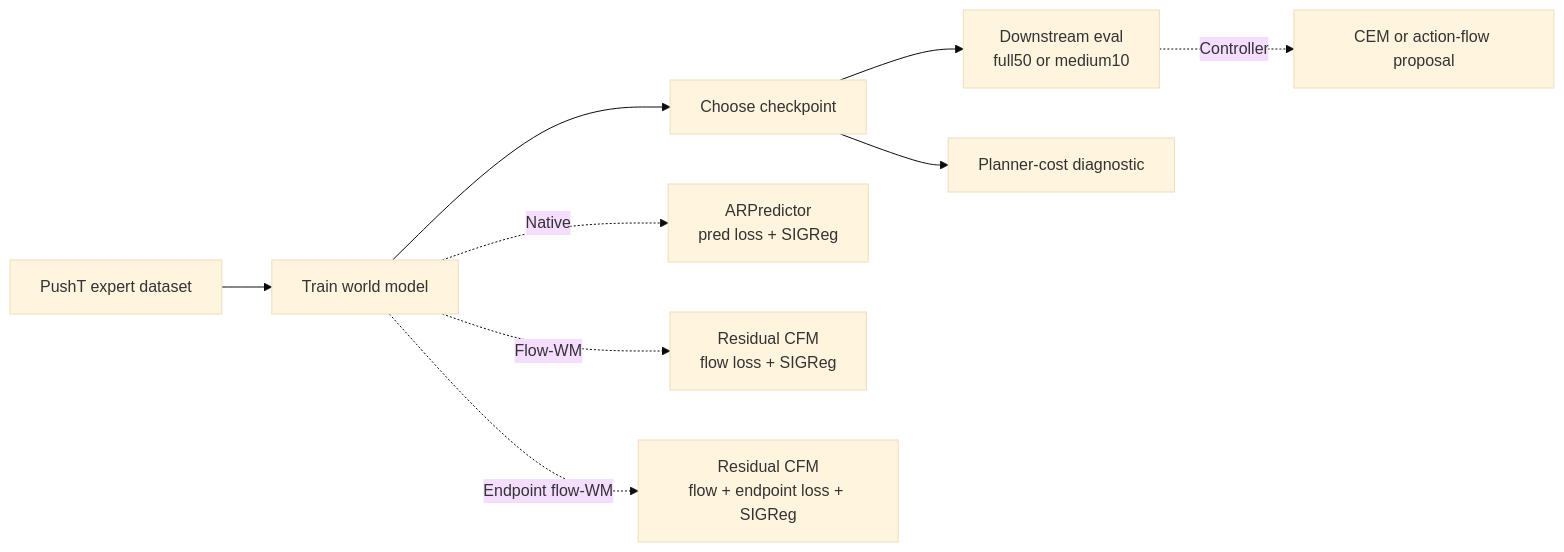
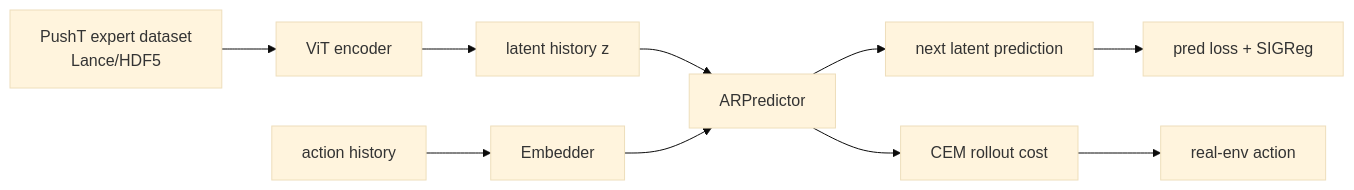
One commit to thedannyliu/le-wm changed the diagram in docs/lewm_flow_progress_report_20260610.md. Above: the diagram before and after it, drawn with Mermaid (base theme). The commit also changed other lines of this file, not shown here.

Commit message:
Rewrite LeWM flow progress report

````diff
--- a/docs/lewm_flow_progress_report_20260610.md
+++ b/docs/lewm_flow_progress_report_20260610.md
@@ -183,12 +84,12 @@
 ```mermaid
 flowchart LR
-    A[PushT expert dataset] --> B[Train world model]
-    B --> C[Choose checkpoint]
-    C --> D[Downstream eval<br/>full50 or medium10]
-    C --> E[Planner-cost diagnostic]
-
-    B -. Native .-> B1[ARPredictor<br/>pred loss + SIGReg]
-    B -. Flow-WM .-> B2[Residual CFM<br/>flow loss + SIGReg]
-    B -. Endpoint flow-WM .-> B3[Residual CFM<br/>flow + endpoint loss + SIGReg]
-    D -. Controller .-> D1[CEM or action-flow proposal]
+    A[PushT expert dataset<br/>Lance/HDF5] --> B[ViT encoder]
+    B --> C[latent history z]
+    D[action history] --> E[Embedder]
+    C --> F[ARPredictor]
+    E --> F
+    F --> G[next latent prediction]
+    G --> H[pred loss + SIGReg]
+    F --> I[CEM rollout cost]
+    I --> J[real-env action]
 ```
````
